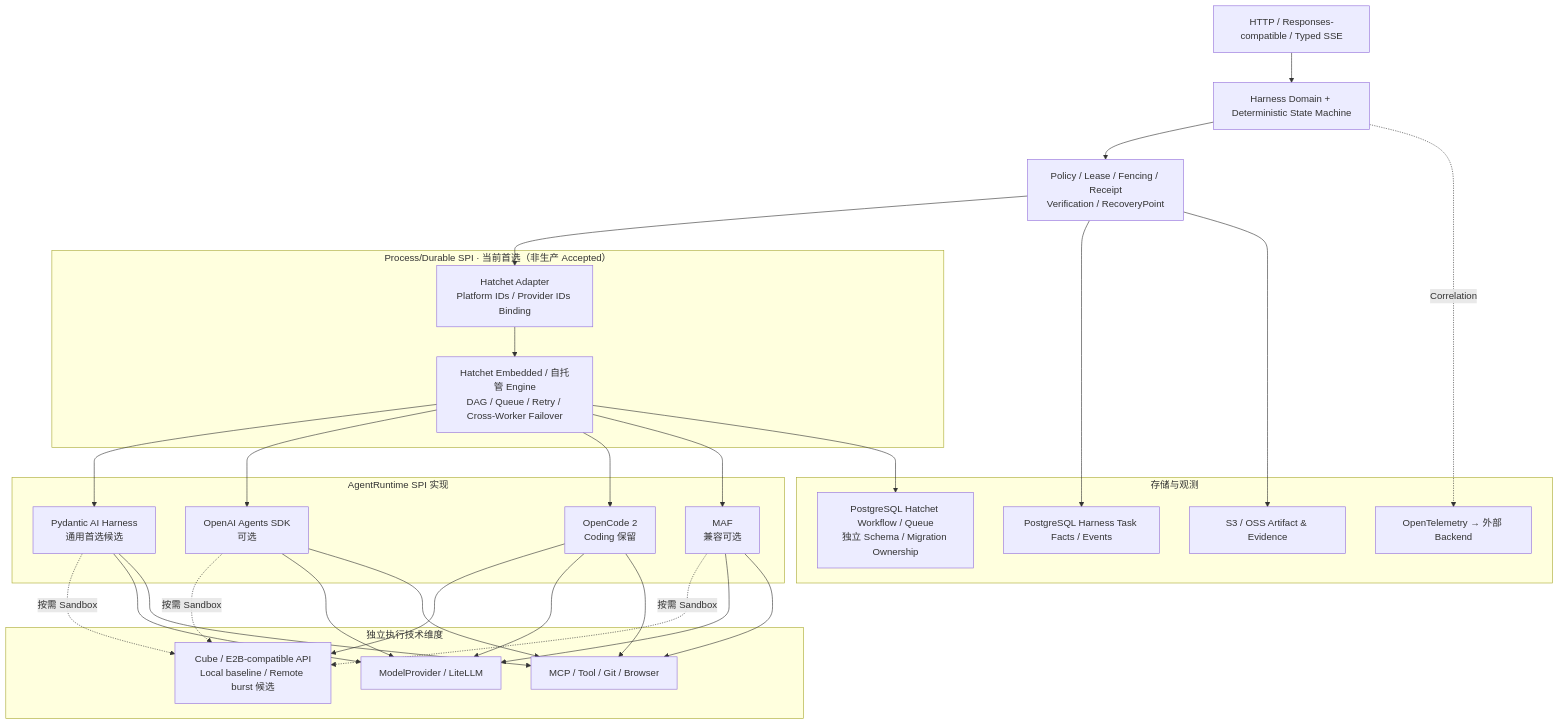
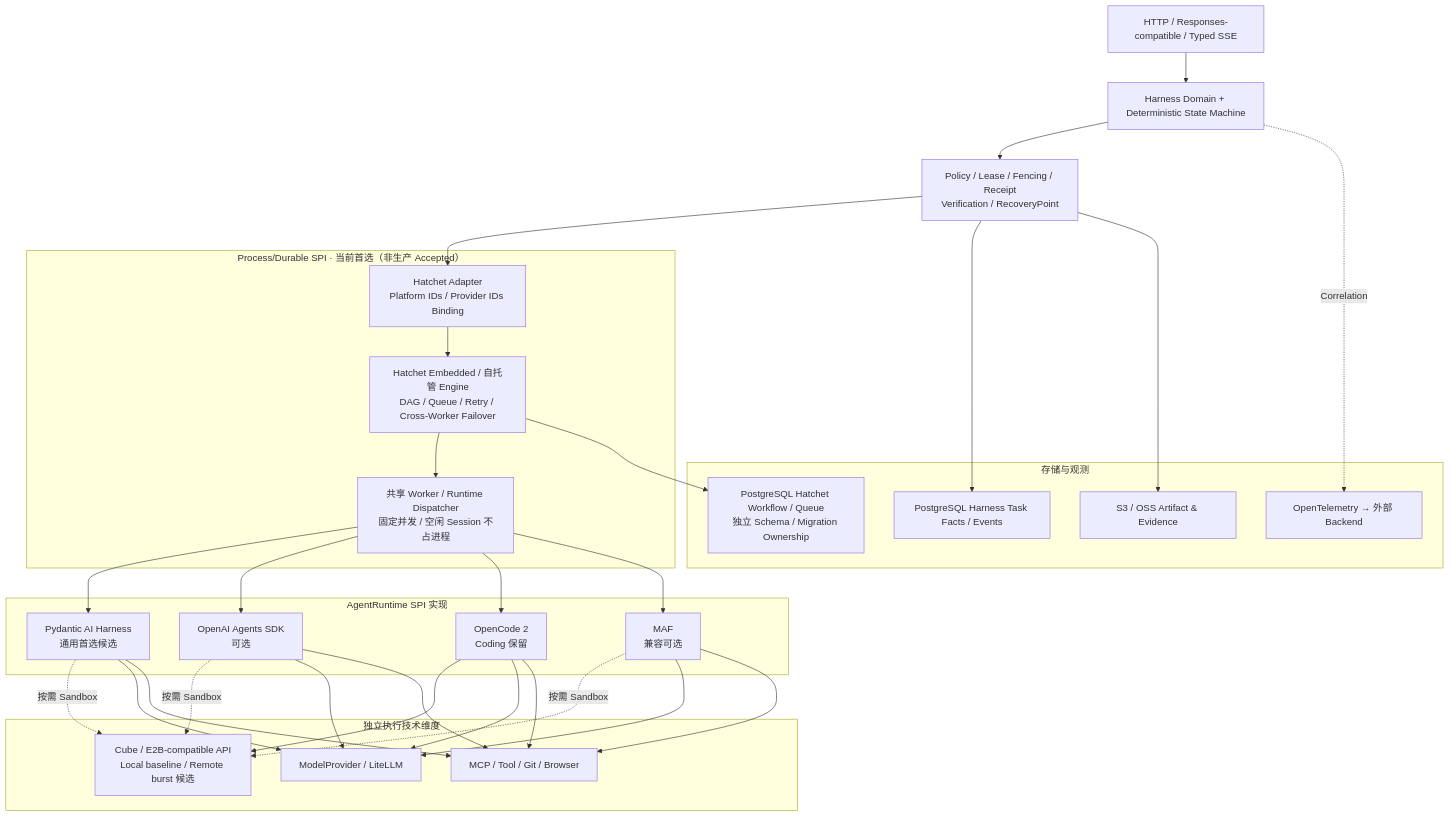
The sixth of 11 diagrams in README.md (Bulls1986/Agent-Harness-Platform), drawn with Mermaid before and after one commit. The commit also changed other lines of this file, not shown here.

Commit message:
docs(architecture): separate worker from engine and independent PostgreSQL stores; update POC evidence

````diff
--- a/README.md
+++ b/README.md
@@ -310,37 +310,38 @@
 ```mermaid
 flowchart TB
   HTTP["HTTP / Responses-compatible / Typed SSE"]
   K["Harness Domain + Deterministic State Machine"]
   POLICY["Policy / Lease / Fencing / Receipt\nVerification / RecoveryPoint"]
   subgraph AG["AgentRuntime SPI 实现"]
     PY["Pydantic AI Harness\n通用首选候选"]
     OAI["OpenAI Agents SDK\n可选"]
     OC["OpenCode 2\nCoding 保留"]
     MAF["MAF\n兼容可选"]
   end
   subgraph PROC["Process/Durable SPI · 当前首选（非生产 Accepted）"]
     HA["Hatchet Adapter\nPlatform IDs / Provider IDs Binding"]
     HE["Hatchet Embedded / 自托管 Engine\nDAG / Queue / Retry / Cross-Worker Failover"]
+    HWRK["共享 Worker / Runtime Dispatcher\n固定并发 / 空闲 Session 不占进程"]
   end
   subgraph EXEC["独立执行技术维度"]
     CUBE["Cube / E2B-compatible API\nLocal baseline / Remote burst 候选"]
     LLM["ModelProvider / LiteLLM"]
     TOOL["MCP / Tool / Git / Browser"]
   end
   subgraph PERSIST["存储与观测"]
     PG["PostgreSQL Harness Task Facts / Events"]
     HPG["PostgreSQL Hatchet Workflow / Queue\n独立 Schema / Migration Ownership"]
     S3["S3 / OSS Artifact & Evidence"]
     OT["OpenTelemetry → 外部 Backend"]
   end
   HTTP --> K --> POLICY
-  POLICY --> HA --> HE --> PY & OAI & OC & MAF
+  POLICY --> HA --> HE --> HWRK --> PY & OAI & OC & MAF
   HE --> HPG
   PY -. "按需 Sandbox" .-> CUBE
   OAI -. "按需 Sandbox" .-> CUBE
   MAF -. "按需 Sandbox" .-> CUBE
   OC --> CUBE
   PY & OAI & OC & MAF --> LLM & TOOL
   POLICY --> PG & S3
   K -. "Correlation" .-> OT
 ```
````
